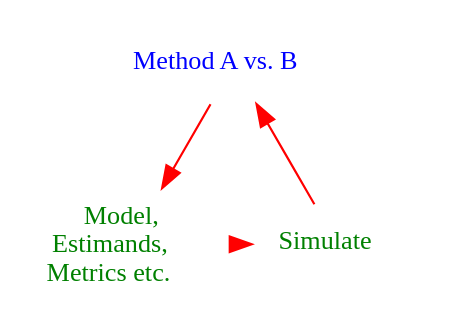
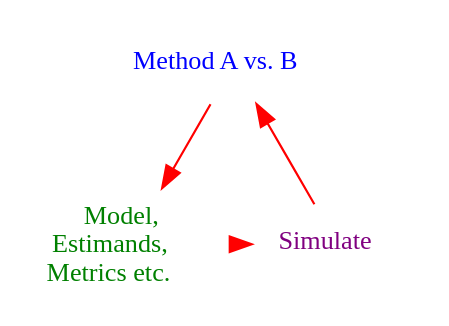
Before and after one commit to valentinkm/AdversarialSimulation: the third of 5 diagrams in VK/thesis/LIP_presentation.qmd, drawn with Graphviz. The commit also changed other lines of this file, not shown here.

````diff
--- a/VK/thesis/LIP_presentation.qmd
+++ b/VK/thesis/LIP_presentation.qmd
@@ -188,25 +197,25 @@
 ```{dot}
 digraph circular_process {
     // Use 'neato' layout for positioning
     layout=neato;
     overlap=false;
     splines=true;
 
     // Define global node attributes
     node [shape=plaintext, fontsize=12];
 
     // Define nodes with positions to form a circle
     hypothesize [label=< <font color="blue">Method A vs. B</font> >, pos="0,1!"];
     operationalize [label=<
         <table border="0" cellborder="0" cellspacing="0">
             <tr><td><font color="green">Model,<br/> Estimands,<br/> Metrics etc.</font></td></tr>
         </table>
     >, pos="-0.866,-0.5!", color="green"];
-    gather_data [label=< <font color="green">Simulate</font> >, pos="0.866,-0.5!", color="green"];
+    gather_data [label=< <font color="purple">Simulate</font> >, pos="0.866,-0.5!", color="green"];
 
     // Define edges to create a circular process
     hypothesize -> operationalize [color="red"];
     operationalize -> gather_data [color="red"];
     gather_data -> hypothesize [color="red"];
 }
 ```
````
